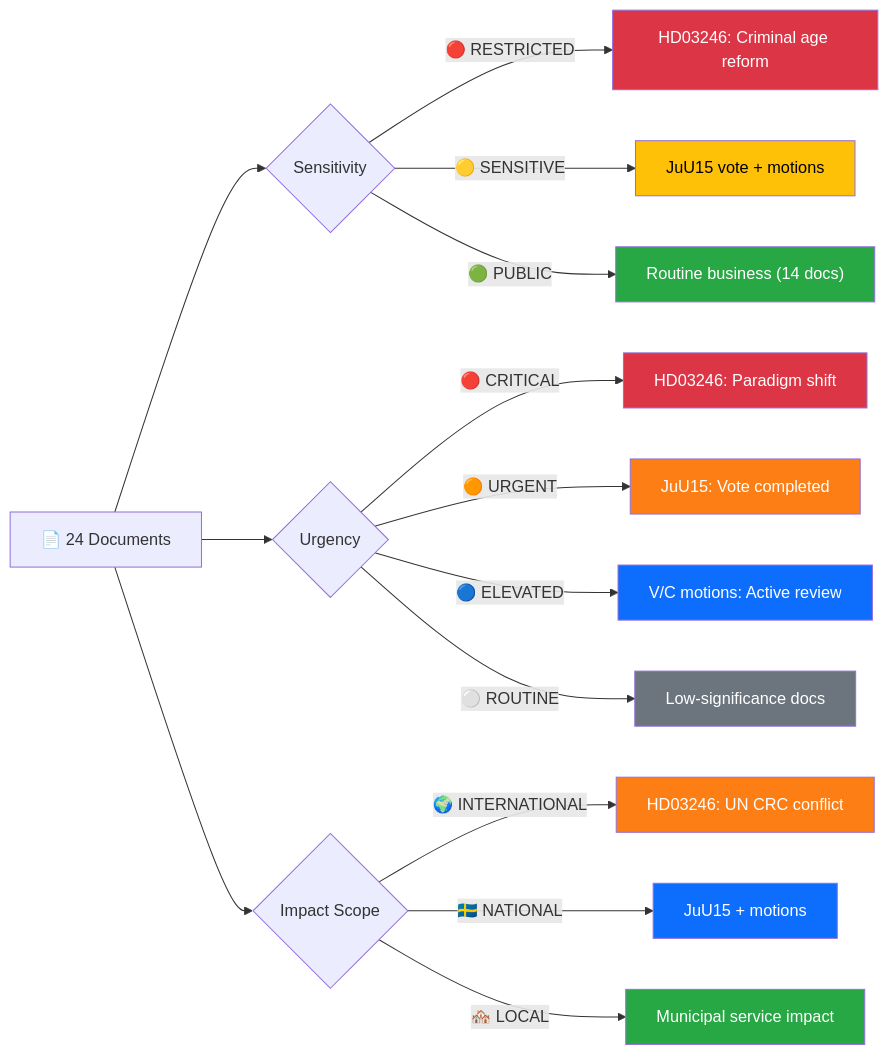
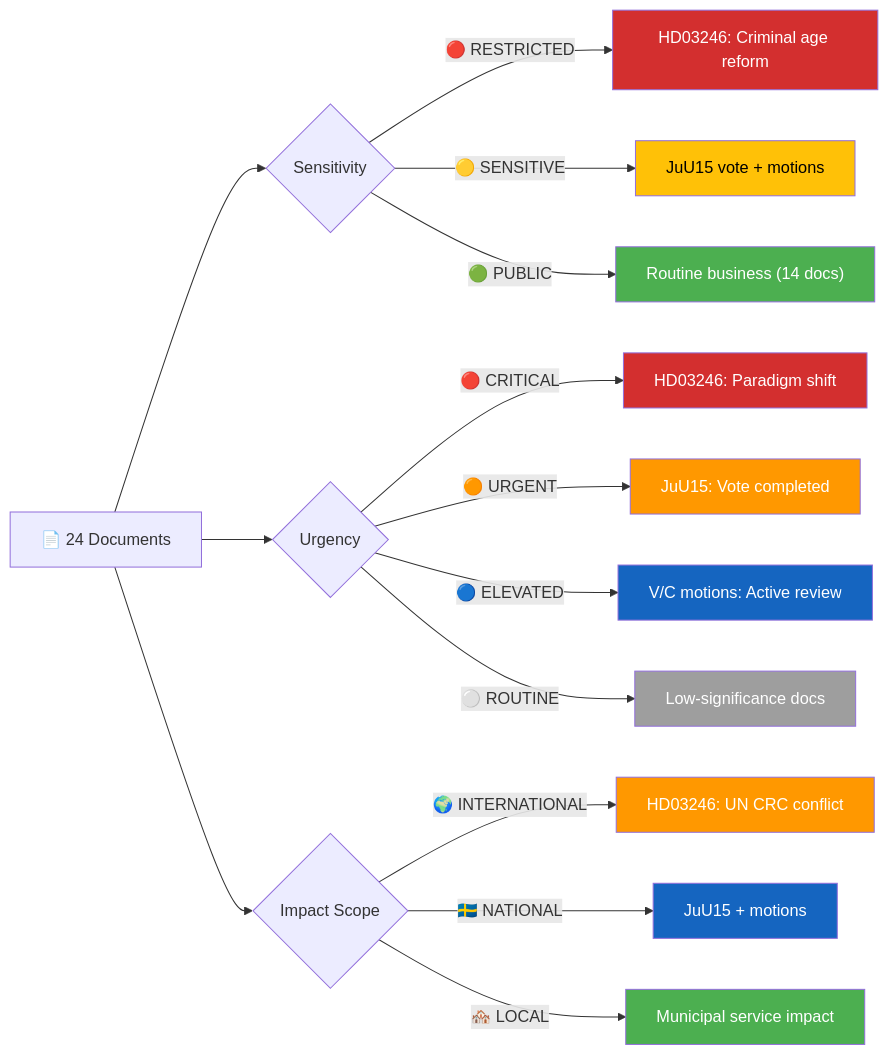
The diagram in analysis/daily/2026-04-16/realtime-1244/classification-results.md (Hack23/riksdagsmonitor), drawn with Mermaid before and after one commit. The commit also changed 785 other files, not shown here.

First line of the commit message:
Normalize mermaid colors across 786 analysis artifacts to ISMS Style Guide palette

````diff
--- a/analysis/daily/2026-04-16/realtime-1244/classification-results.md
+++ b/analysis/daily/2026-04-16/realtime-1244/classification-results.md
@@ -19,29 +19,29 @@
 ```mermaid
 graph LR
     DOC["📄 24 Documents"] --> SENS{Sensitivity}
     SENS -->|"🔴 RESTRICTED"| RES["HD03246: Criminal age reform"]
     SENS -->|"🟡 SENSITIVE"| SEN["JuU15 vote + motions"]
     SENS -->|"🟢 PUBLIC"| PUB["Routine business (14 docs)"]
 
     DOC --> URG{Urgency}
     URG -->|"🔴 CRITICAL"| CRIT["HD03246: Paradigm shift"]
     URG -->|"🟠 URGENT"| URGE["JuU15: Vote completed"]
     URG -->|"🔵 ELEVATED"| ELEV["V/C motions: Active review"]
     URG -->|"⚪ ROUTINE"| ROUT["Low-significance docs"]
 
     DOC --> SCOPE{Impact Scope}
     SCOPE -->|"🌍 INTERNATIONAL"| INT["HD03246: UN CRC conflict"]
     SCOPE -->|"🇸🇪 NATIONAL"| NAT["JuU15 + motions"]
     SCOPE -->|"🏘️ LOCAL"| LOC["Municipal service impact"]
 
-    style RES fill:#dc3545,color:#fff
-    style SEN fill:#ffc107,color:#000
-    style PUB fill:#28a745,color:#fff
-    style CRIT fill:#dc3545,color:#fff
-    style URGE fill:#fd7e14,color:#fff
-    style ELEV fill:#0d6efd,color:#fff
-    style ROUT fill:#6c757d,color:#fff
-    style INT fill:#fd7e14,color:#fff
-    style NAT fill:#0d6efd,color:#fff
-    style LOC fill:#28a745,color:#fff
+    style RES fill:#D32F2F,color:#FFFFFF
+    style SEN fill:#FFC107,color:#000000
+    style PUB fill:#4CAF50,color:#FFFFFF
+    style CRIT fill:#D32F2F,color:#FFFFFF
+    style URGE fill:#FF9800,color:#FFFFFF
+    style ELEV fill:#1565C0,color:#FFFFFF
+    style ROUT fill:#9E9E9E,color:#FFFFFF
+    style INT fill:#FF9800,color:#FFFFFF
+    style NAT fill:#1565C0,color:#FFFFFF
+    style LOC fill:#4CAF50,color:#FFFFFF
 ```
````
